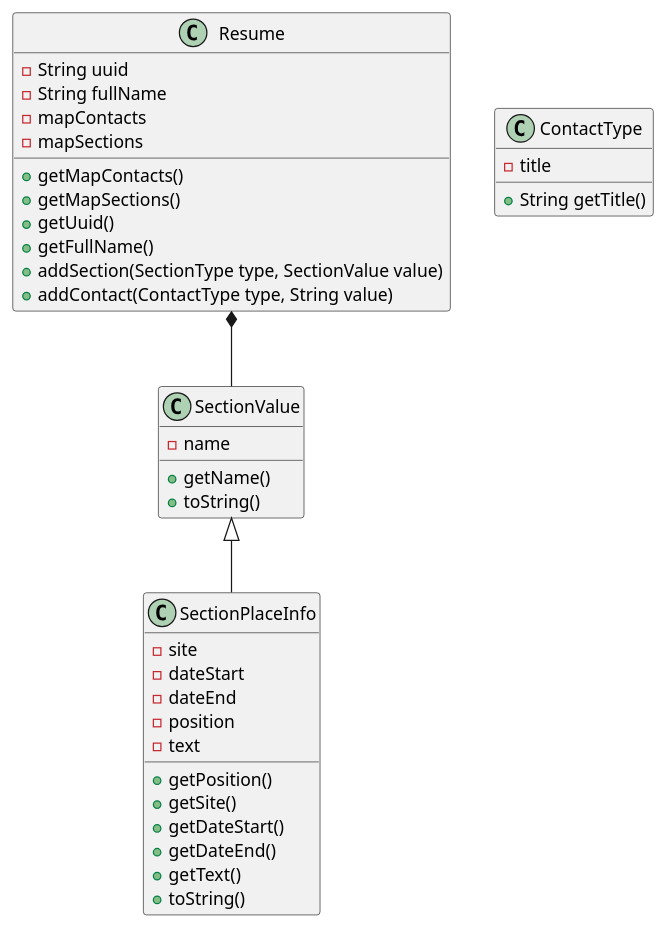
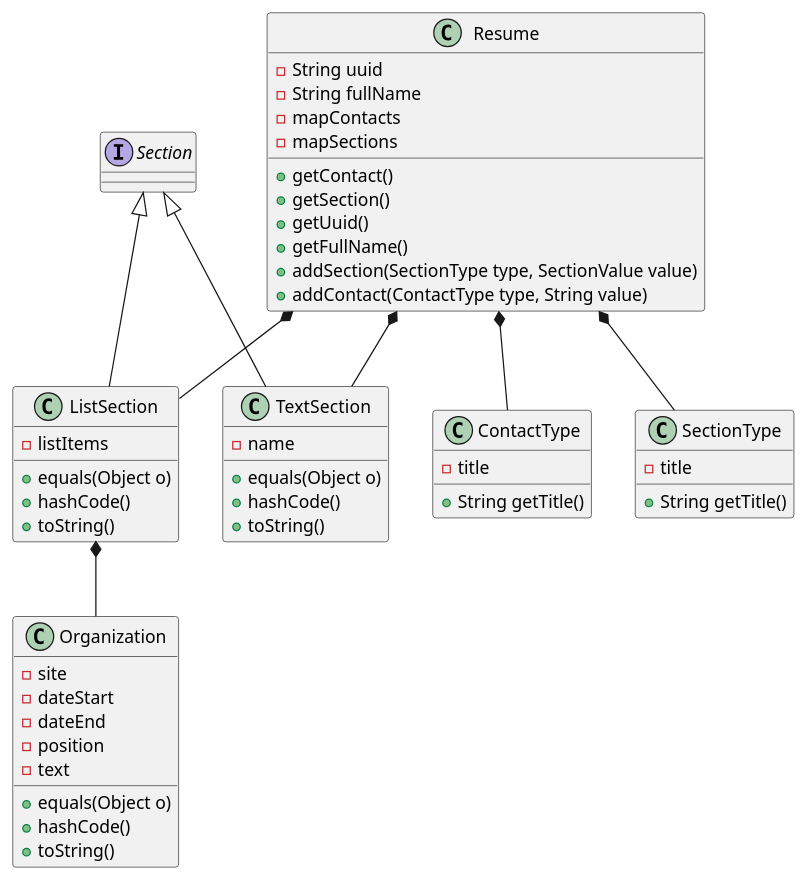
One commit to paulslp/basejava changed the diagram in Diagramm.puml. Above: the diagram before and after it, drawn with PlantUML. The commit also changed 6 other files, not shown here.

Commit message:
lesson 7 commit9  equals hashcode requirenotnull FillResumeTest

```diff
--- a/Diagramm.puml
+++ b/Diagramm.puml
@@ -1,43 +1,60 @@
 @startuml
 Class Resume {
 - String uuid
 - String fullName
 - mapContacts
 - mapSections
-
-+getMapContacts()
-+getMapSections()
++getContact()
++getSection()
 +getUuid()
 +getFullName()
 +addSection(SectionType type, SectionValue value)
 +addContact(ContactType type, String value)
 }
 
-Class SectionValue {
--name
-+getName()
+Class ListSection{
+-listItems
++equals(Object o)
++hashCode()
 +toString()
 }
 
-Class SectionPlaceInfo{
+Interface Section{
+}
+
+Class TextSection{
+-name
++equals(Object o)
++hashCode()
++toString()
+}
+
+Class Organization{
 -site
 -dateStart
 -dateEnd
 -position
 -text
-+getPosition()
-+getSite()
-+getDateStart()
-+getDateEnd()
-+getText()
++equals(Object o)
++hashCode()
 +toString()
 }
 
 Class ContactType {
 -title
 +String getTitle()
 }
 
-Resume *--SectionValue
-SectionValue <|-- SectionPlaceInfo
+Class SectionType {
+-title
++String getTitle()
+}
+
+Resume *-- SectionType
+Resume *-- ContactType
+Resume *-- ListSection
+Resume *-- TextSection
+ListSection *-- Organization
+Section <|-- ListSection
+Section <|-- TextSection
 @enduml
```
